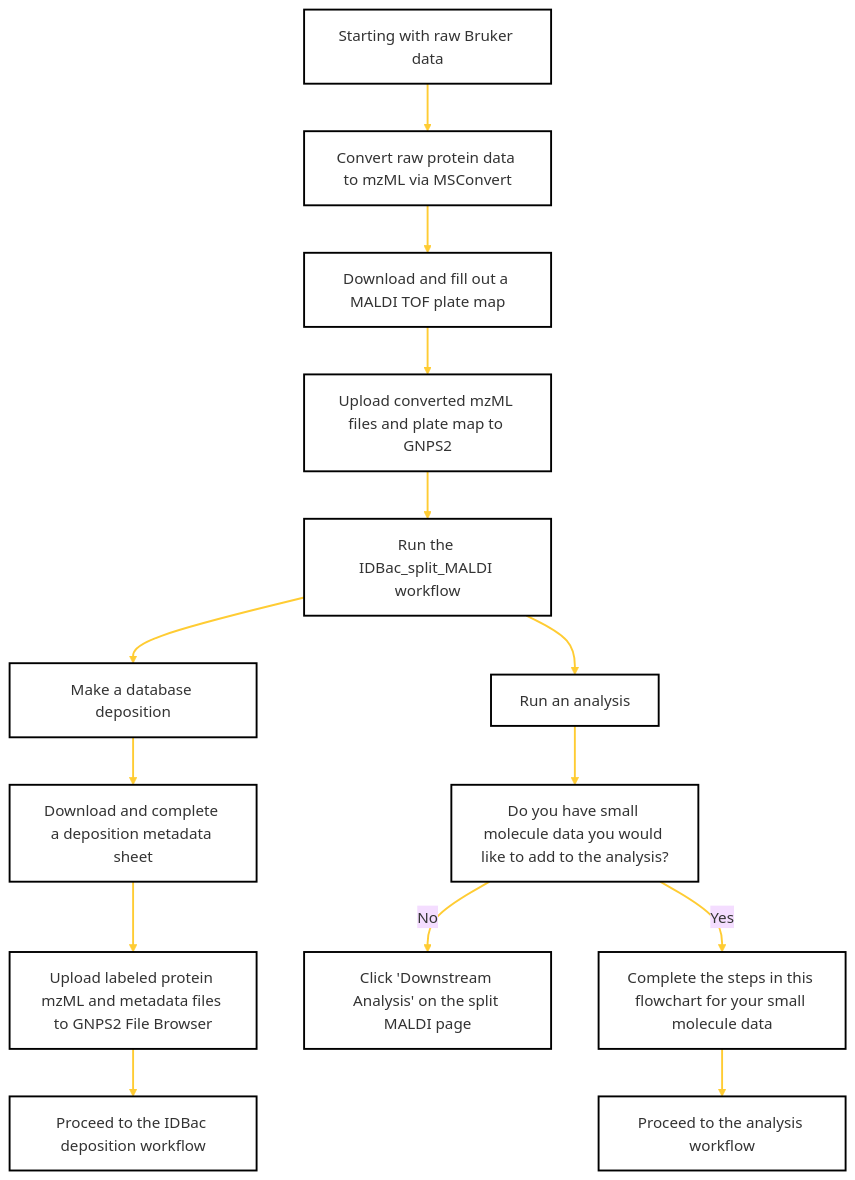
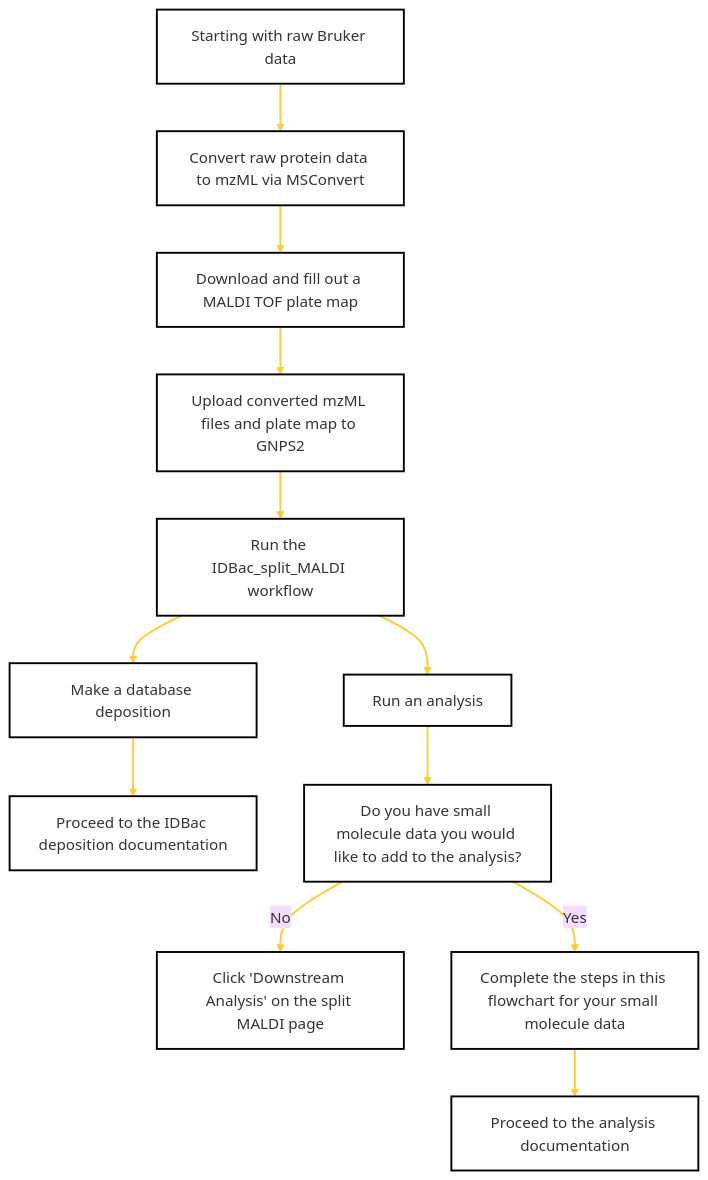
The diagram in docs/idbac-brukerstart-here.md (Wang-Bioinformatics-Lab/GNPS2_Documentation), drawn with Mermaid (base theme) before and after one commit.

````diff
--- a/docs/idbac-brukerstart-here.md
+++ b/docs/idbac-brukerstart-here.md
@@ -10,59 +10,52 @@
 ```mermaid
 flowchart TD
     A[Starting with raw Bruker data] --> B[Convert raw protein data to mzML via MSConvert]
     B --> C[Download and fill out a MALDI TOF plate map]
     C --> D[Upload converted mzML files and plate map to GNPS2]
     D --> E[Run the IDBac_split_MALDI workflow]
     E --> F[Make a database deposition]
-    F --> G[Download and complete a deposition metadata sheet]
-    G --> H[Upload labeled protein mzML and metadata files to GNPS2 File Browser]
-    H --> I[Proceed to the IDBac deposition workflow]
-    E --> J[Run an analysis]
-    J --> K[Do you have small molecule data you would like to add to the analysis?]
-    K --> |No| L[Click 'Downstream Analysis' on the split MALDI page]
-    K --> |Yes| M[Complete the steps in this flowchart for your small molecule data]
-    M --> N[Proceed to the analysis workflow]
+    F --> G[Proceed to the IDBac deposition documentation]
+    E --> H[Run an analysis]
+    H --> I[Do you have small molecule data you would like to add to the analysis?]
+    I --> |No| J[Click 'Downstream Analysis' on the split MALDI page]
+    I --> |Yes| K[Complete the steps in this flowchart for your small molecule data]
+    K --> L[Proceed to the analysis documentation]
     
-
     click B href "https://proteowizard.sourceforge.io/"
     click C href "https://docs.google.com/spreadsheets/d/1ihFy6lQyJtWy9fp46ahMPWk7xLp2tJ3q/edit?usp=sharing&ouid=102573514213912402103&rtpof=true&sd=true"
     click D href "https://gnps2.org/homepage"
     click E href "https://gnps2.org/workflowinput?workflowname=idbac_split_maldi_workflow"
-    click G href "https://docs.google.com/spreadsheets/d/1yKsZ2FEw8-cWufvY8l31Ju8NTKujmEtb/edit?usp=sharing&ouid=102573514213912402103&rtpof=true&sd=true"
-    click H href "https://gnps2.org/homepage"
-    click I href "https://gnps2.org/workflowinput?workflowname=idbacdeposition_workflow"
-    click N href "https://gnps2.org/workflowinput?workflowname=idbac_analysis_workflow"
+    click G href "https://wang-bioinformatics-lab.github.io/GNPS2_Documentation/idbacdepositions/)"
+    click L href "https://wang-bioinformatics-lab.github.io/GNPS2_Documentation/idbacsumbmitdata/"
 
  %% Styling
     style A fill:#FFFFFF,stroke:#000000,stroke-width:2px
     style B fill:#FFFFFF,stroke:#000000,stroke-width:2px
     style C fill:#FFFFFF,stroke:#000000,stroke-width:2px
     style D fill:#FFFFFF,stroke:#000000,stroke-width:2px
     style E fill:#FFFFFF,stroke:#000000,stroke-width:2px
     style F fill:#FFFFFF,stroke:#000000,stroke-width:2px
     style G fill:#FFFFFF,stroke:#000000,stroke-width:2px
     style H fill:#FFFFFF,stroke:#000000,stroke-width:2px
     style I fill:#FFFFFF,stroke:#000000,stroke-width:2px
     style J fill:#FFFFFF,stroke:#000000,stroke-width:2px
     style K fill:#FFFFFF,stroke:#000000,stroke-width:2px
     style L fill:#FFFFFF,stroke:#000000,stroke-width:2px
-    style M fill:#FFFFFF,stroke:#000000,stroke-width:2px
-    style N fill:#FFFFFF,stroke:#000000,stroke-width:2px
+    
+   
 
 %% Link Styling
     linkStyle 0 stroke:#ffcc33,stroke-width:2px
     linkStyle 1 stroke:#ffcc33,stroke-width:2px
     linkStyle 2 stroke:#ffcc33,stroke-width:2px
     linkStyle 3 stroke:#ffcc33,stroke-width:2px
     linkStyle 4 stroke:#ffcc33,stroke-width:2px
     linkStyle 5 stroke:#ffcc33,stroke-width:2px
     linkStyle 6 stroke:#ffcc33,stroke-width:2px
     linkStyle 7 stroke:#ffcc33,stroke-width:2px
     linkStyle 8 stroke:#ffcc33,stroke-width:2px
     linkStyle 9 stroke:#ffcc33,stroke-width:2px
     linkStyle 10 stroke:#ffcc33,stroke-width:2px
-    linkStyle 11 stroke:#ffcc33,stroke-width:2px
-    linkStyle 12 stroke:#ffcc33,stroke-width:2px
-
+    
 
 ```
````
